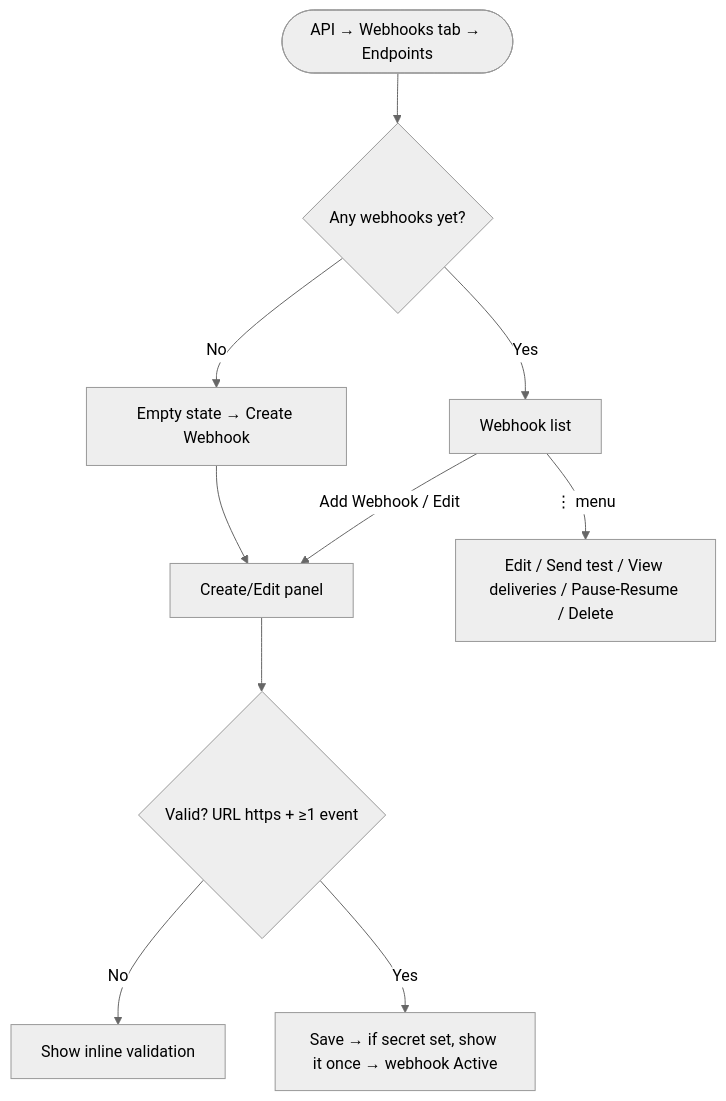
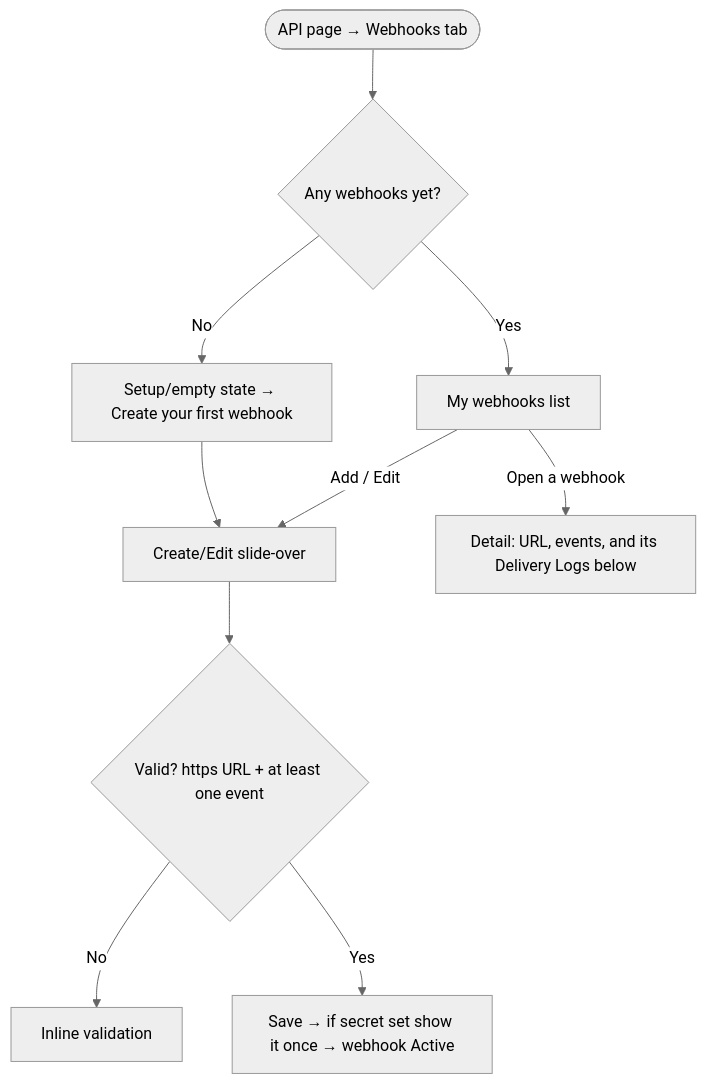
Before and after one commit to Ghulam-Jaffar/contentstudio-agentic-product-pipeline: the second of 2 diagrams in docs/features/public-webhooks/04-epic-and-stories.md, drawn with Mermaid (neutral theme). The commit also changed other lines of this file and 5 other files, not shown here.

Commit message:
Refactor prototype UI prompt for Webhooks section in ContentStudio API page; streamline design specifications, enhance clarity on user interactions, and update visual style guidelines.

````diff
--- a/docs/features/public-webhooks/04-epic-and-stories.md
+++ b/docs/features/public-webhooks/04-epic-and-stories.md
@@ -216,12 +227,12 @@
 ```mermaid
 flowchart TD
-    A([API → Webhooks tab → Endpoints]) --> B{Any webhooks yet?}
-    B -->|No| C[Empty state → Create Webhook]
-    B -->|Yes| D[Webhook list]
-    C --> E[Create/Edit panel]
-    D -->|Add Webhook / Edit| E
-    E --> F{Valid? URL https + ≥1 event}
-    F -->|No| G[Show inline validation]
-    F -->|Yes| H[Save → if secret set, show it once → webhook Active]
-    D -->|⋮ menu| I[Edit / Send test / View deliveries / Pause-Resume / Delete]
+    A([API page → Webhooks tab]) --> B{Any webhooks yet?}
+    B -->|No| C[Setup/empty state → Create your first webhook]
+    B -->|Yes| D[My webhooks list]
+    C --> E[Create/Edit slide-over]
+    D -->|Add / Edit| E
+    E --> F{Valid? https URL + at least one event}
+    F -->|No| G[Inline validation]
+    F -->|Yes| H[Save → if secret set show it once → webhook Active]
+    D -->|Open a webhook| I[Detail: URL, events, and its Delivery Logs below]
 ```
````
